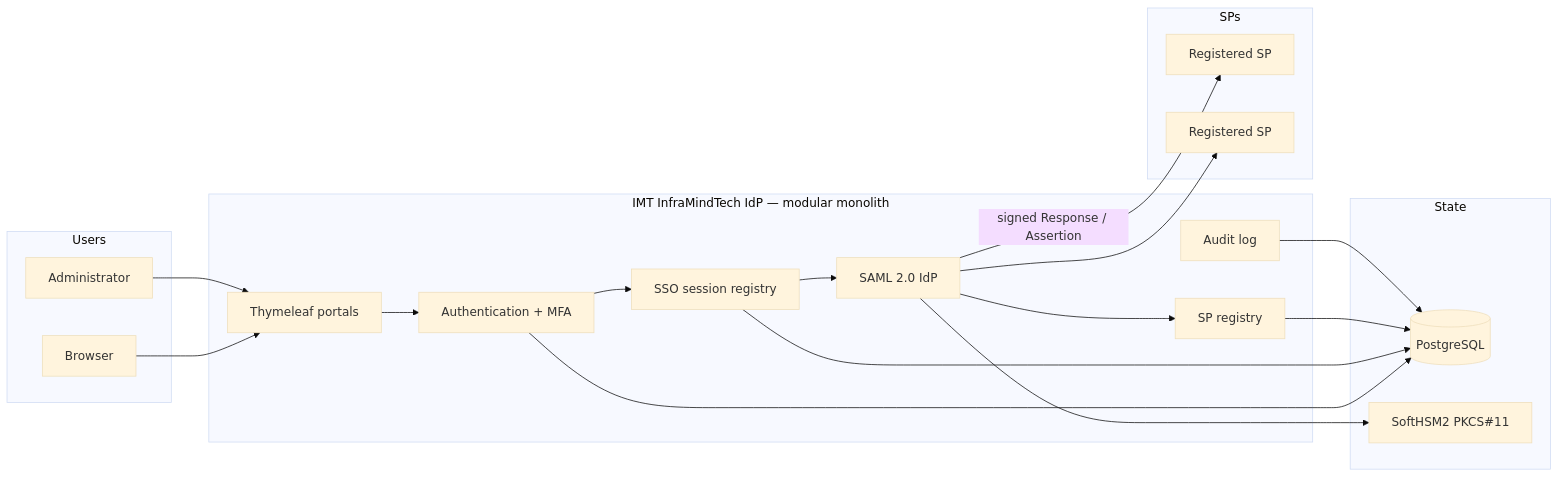
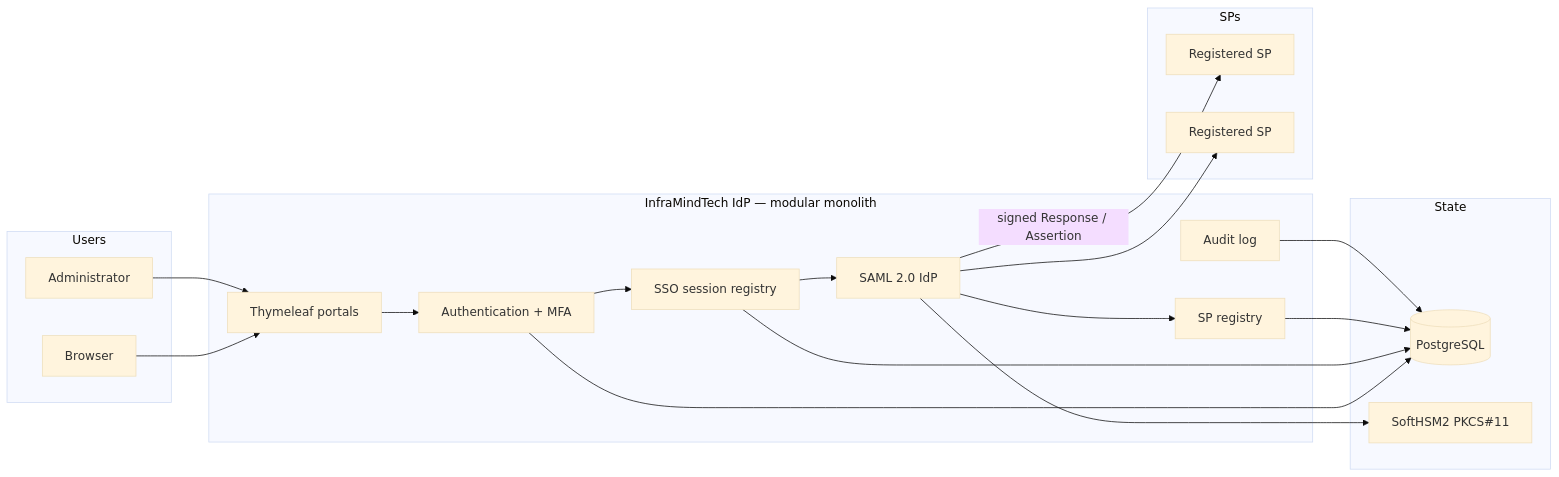
Before and after one commit to sudheepnbr/Saj-n_Projects: the diagram in saml-mfa-idp/README.md, drawn with Mermaid (base theme). The commit also changed other lines of this file and 19 other files, not shown here.

First line of the commit message:
Show InfraMindTech next to the IMT logo, without repeating IMT.

````diff
--- a/saml-mfa-idp/README.md
+++ b/saml-mfa-idp/README.md
@@ -76,40 +76,40 @@
 ```mermaid
 flowchart LR
   subgraph Users
     U[Browser]
     A[Administrator]
   end
 
-  subgraph IdP["IMT InfraMindTech IdP — modular monolith"]
+  subgraph IdP["InfraMindTech IdP — modular monolith"]
     WEB[Thymeleaf portals]
     AUTH[Authentication + MFA]
     SESS[SSO session registry]
     SAML[SAML 2.0 IdP]
     SPR[SP registry]
     AUD[Audit log]
   end
 
   subgraph State
     PG[(PostgreSQL)]
     HSM[SoftHSM2 PKCS#11]
   end
 
   subgraph SPs
     SP1[Registered SP]
     SP2[Registered SP]
   end
 
   U --> WEB
   A --> WEB
   WEB --> AUTH
   AUTH --> SESS
   SESS --> SAML
   SAML --> SPR
   AUTH --> PG
   SESS --> PG
   SPR --> PG
   AUD --> PG
   SAML --> HSM
   SAML -->|"signed Response / Assertion"| SP1
   SAML --> SP2
 ```
````
